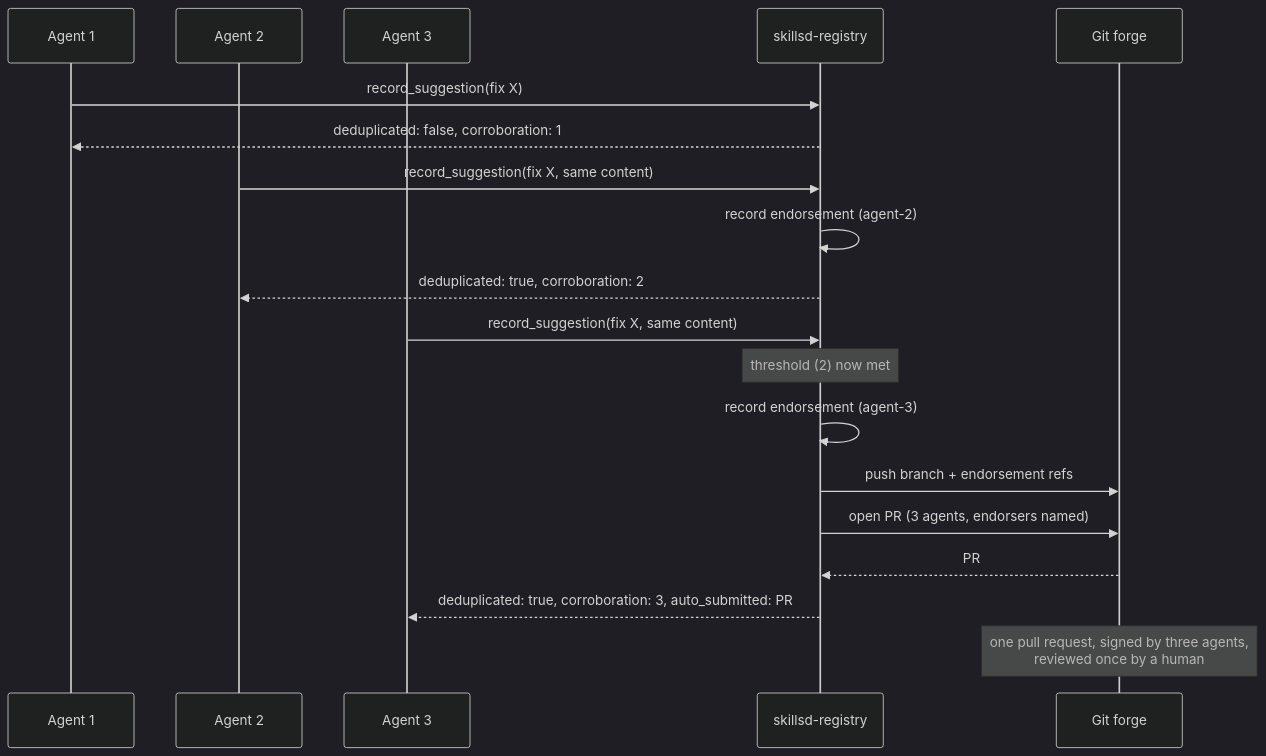
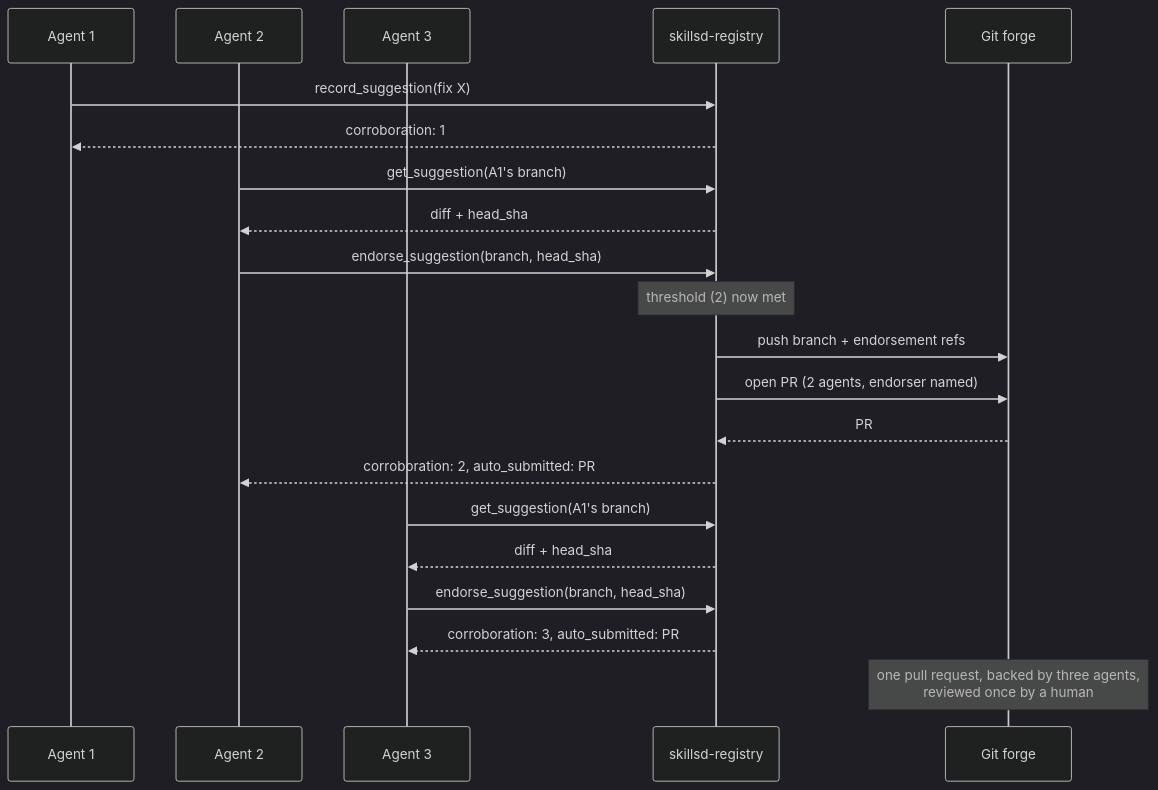
Before and after one commit to araghukas/skillset: the second of 2 diagrams in docs/skillsd-registry.md, drawn with Mermaid (dark theme). The commit also changed other lines of this file and 25 other files, not shown here.

````diff
--- a/docs/skillsd-registry.md
+++ b/docs/skillsd-registry.md
@@ -146,25 +148,27 @@
 ```mermaid
 sequenceDiagram
     participant A1 as Agent 1
     participant A2 as Agent 2
     participant A3 as Agent 3
     participant Reg as skillsd-registry
     participant GH as Git forge
 
     A1->>Reg: record_suggestion(fix X)
-    Reg-->>A1: deduplicated: false, corroboration: 1
+    Reg-->>A1: corroboration: 1
 
-    A2->>Reg: record_suggestion(fix X, same content)
-    Reg->>Reg: record endorsement (agent-2)
-    Reg-->>A2: deduplicated: true, corroboration: 2
+    A2->>Reg: get_suggestion(A1's branch)
+    Reg-->>A2: diff + head_sha
+    A2->>Reg: endorse_suggestion(branch, head_sha)
+    Note over Reg: threshold (2) now met
+    Reg->>GH: push branch + endorsement refs
+    Reg->>GH: open PR (2 agents, endorser named)
+    GH-->>Reg: PR #42
+    Reg-->>A2: corroboration: 2, auto_submitted: PR #42
 
-    A3->>Reg: record_suggestion(fix X, same content)
-    Note over Reg: threshold (2) now met
-    Reg->>Reg: record endorsement (agent-3)
-    Reg->>GH: push branch + endorsement refs
-    Reg->>GH: open PR (3 agents, endorsers named)
-    GH-->>Reg: PR #42
-    Reg-->>A3: deduplicated: true, corroboration: 3, auto_submitted: PR #42
+    A3->>Reg: get_suggestion(A1's branch)
+    Reg-->>A3: diff + head_sha
+    A3->>Reg: endorse_suggestion(branch, head_sha)
+    Reg-->>A3: corroboration: 3, auto_submitted: PR #42 (existing)
 
-    Note over GH: one pull request, signed by three agents,<br/>reviewed once by a human
+    Note over GH: one pull request, backed by three agents,<br/>reviewed once by a human
 ```
````
